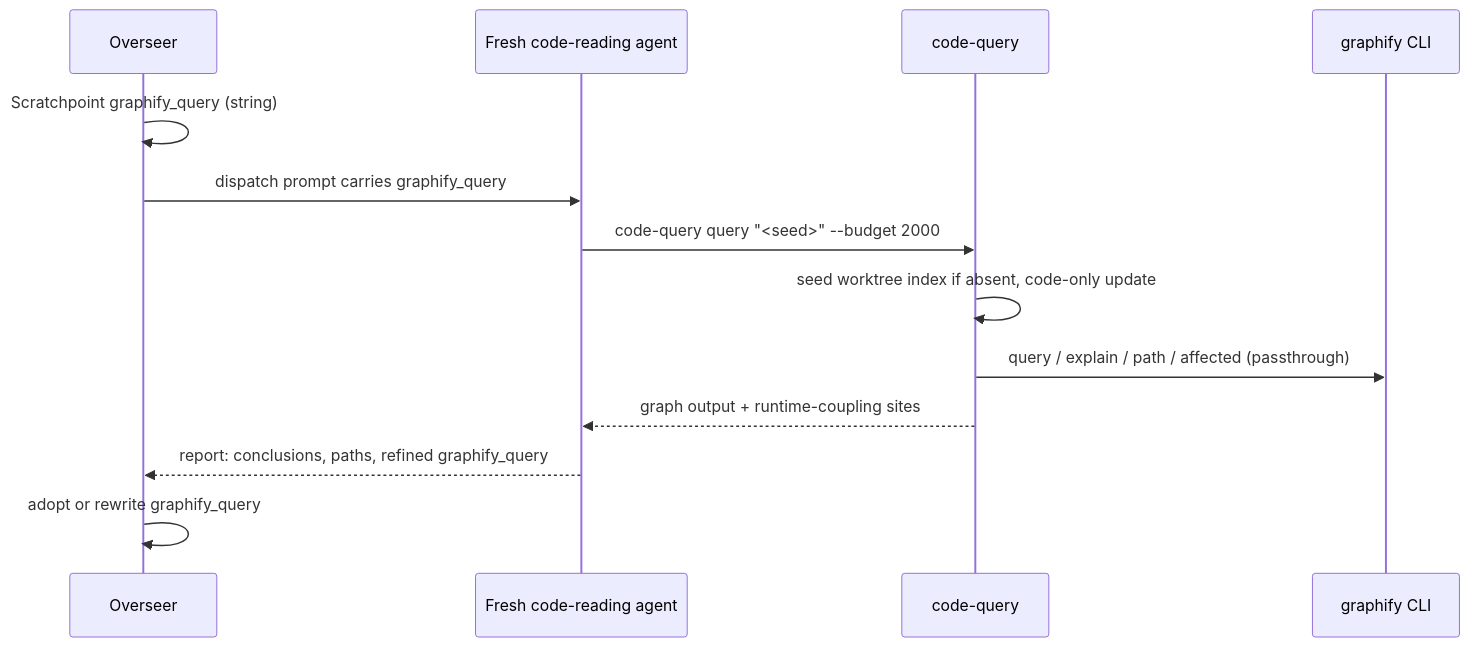
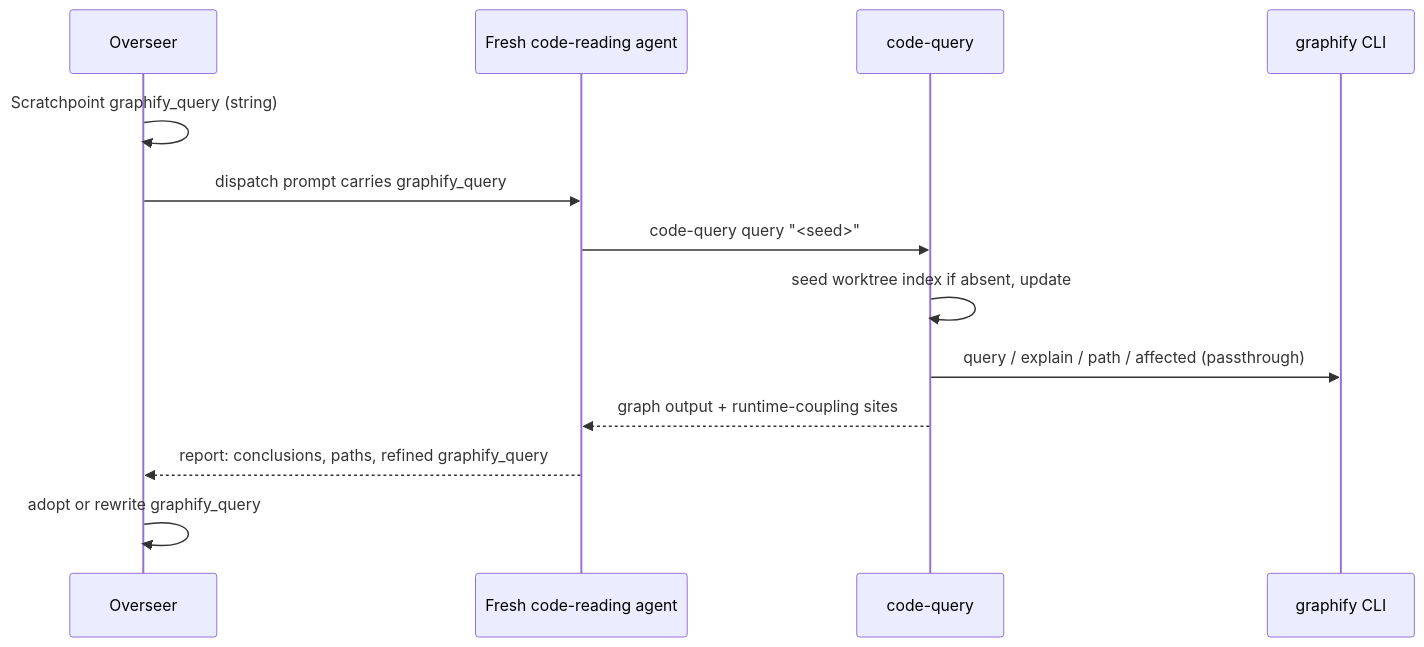
Before and after one commit to weftwiseink/clauthier: the diagram in cdocs/proposals/2026-10-08-graphify-overhaul.md, drawn with Mermaid. The commit also changed other lines of this file, not shown here.

First line of the commit message:
docs(cdocs): apply graphify overhaul r2 findings; implementation_ready

````diff
--- a/cdocs/proposals/2026-10-08-graphify-overhaul.md
+++ b/cdocs/proposals/2026-10-08-graphify-overhaul.md
@@ -79,15 +75,15 @@
 ```mermaid
 sequenceDiagram
     participant O as Overseer
     participant F as Fresh code-reading agent
     participant C as code-query
     participant G as graphify CLI
     O->>O: Scratchpoint graphify_query (string)
     O->>F: dispatch prompt carries graphify_query
-    F->>C: code-query query "<seed>" --budget 2000
-    C->>C: seed worktree index if absent, code-only update
+    F->>C: code-query query "<seed>"
+    C->>C: seed worktree index if absent, update
     C->>G: query / explain / path / affected (passthrough)
     C-->>F: graph output + runtime-coupling sites
     F-->>O: report: conclusions, paths, refined graphify_query
     O->>O: adopt or rewrite graphify_query
 ```
````
